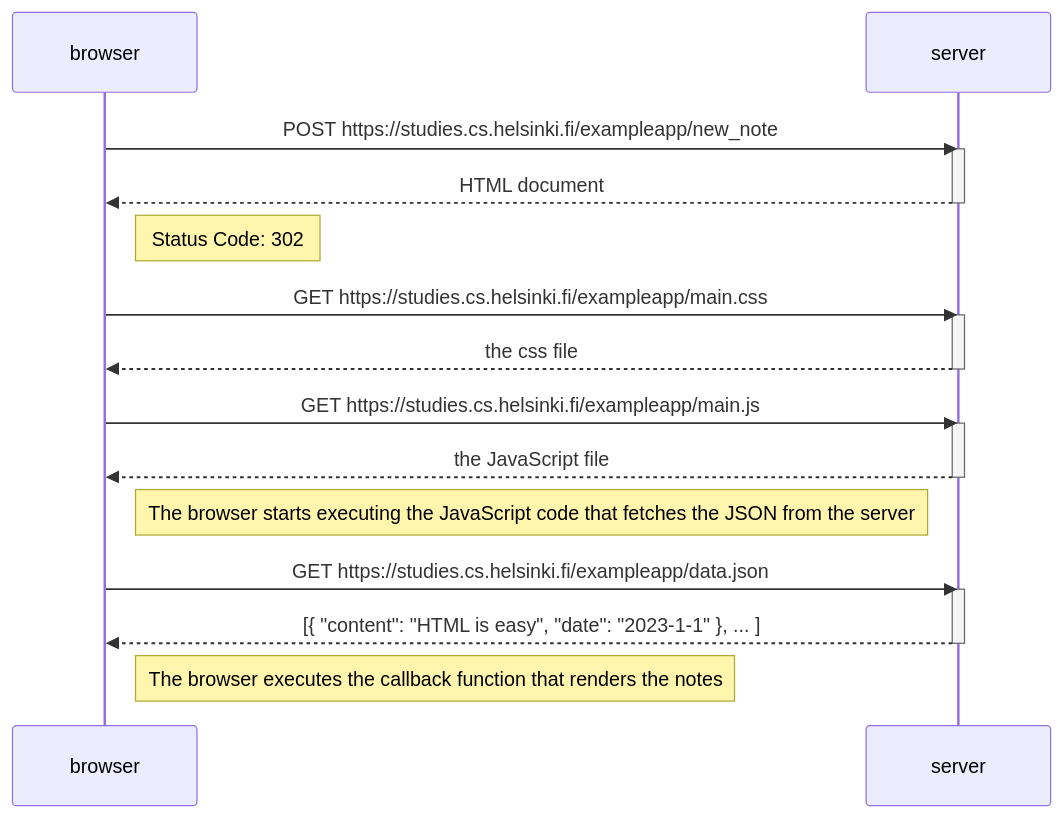
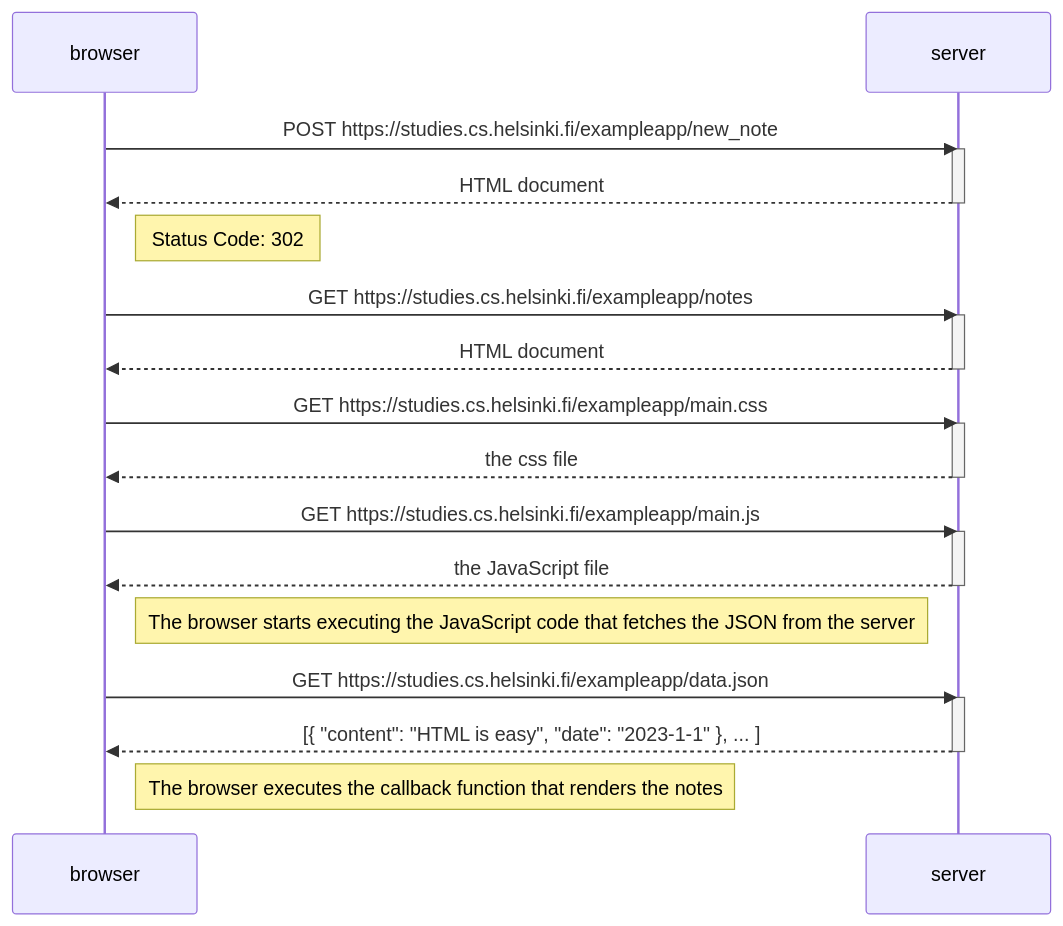
The diagram in 0sa-0/0.4.md (AkseliManninen/Full-Stack-Open), drawn with Mermaid before and after one commit.

````diff
--- a/0sa-0/0.4.md
+++ b/0sa-0/0.4.md
@@ -1,32 +1,37 @@
 ```mermaid
 sequenceDiagram
     participant browser
     participant server
     
     browser->>server: POST https://studies.cs.helsinki.fi/exampleapp/new_note
     activate server
     server-->>browser: HTML document
     deactivate server
     
     Note right of browser: Status Code: 302
+    
+    browser->>server: GET https://studies.cs.helsinki.fi/exampleapp/notes
+    activate server
+    server-->>browser: HTML document
+    deactivate server
     
     browser->>server: GET https://studies.cs.helsinki.fi/exampleapp/main.css
     activate server
     server-->>browser: the css file
     deactivate server
     
     browser->>server: GET https://studies.cs.helsinki.fi/exampleapp/main.js
     activate server
     server-->>browser: the JavaScript file
     deactivate server
     
     Note right of browser: The browser starts executing the JavaScript code that fetches the JSON from the server
     
     browser->>server: GET https://studies.cs.helsinki.fi/exampleapp/data.json
     activate server
     server-->>browser: [{ "content": "HTML is easy", "date": "2023-1-1" }, ... ]
     deactivate server    
 
     Note right of browser: The browser executes the callback function that renders the notes 
 
  ```
````
